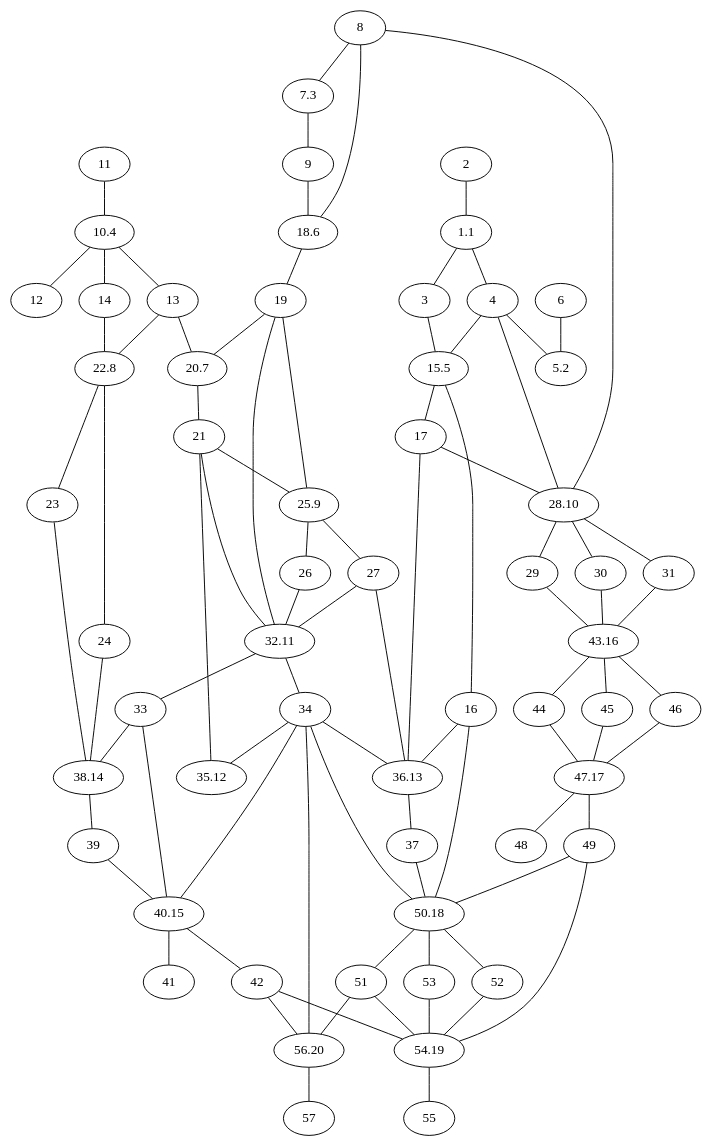
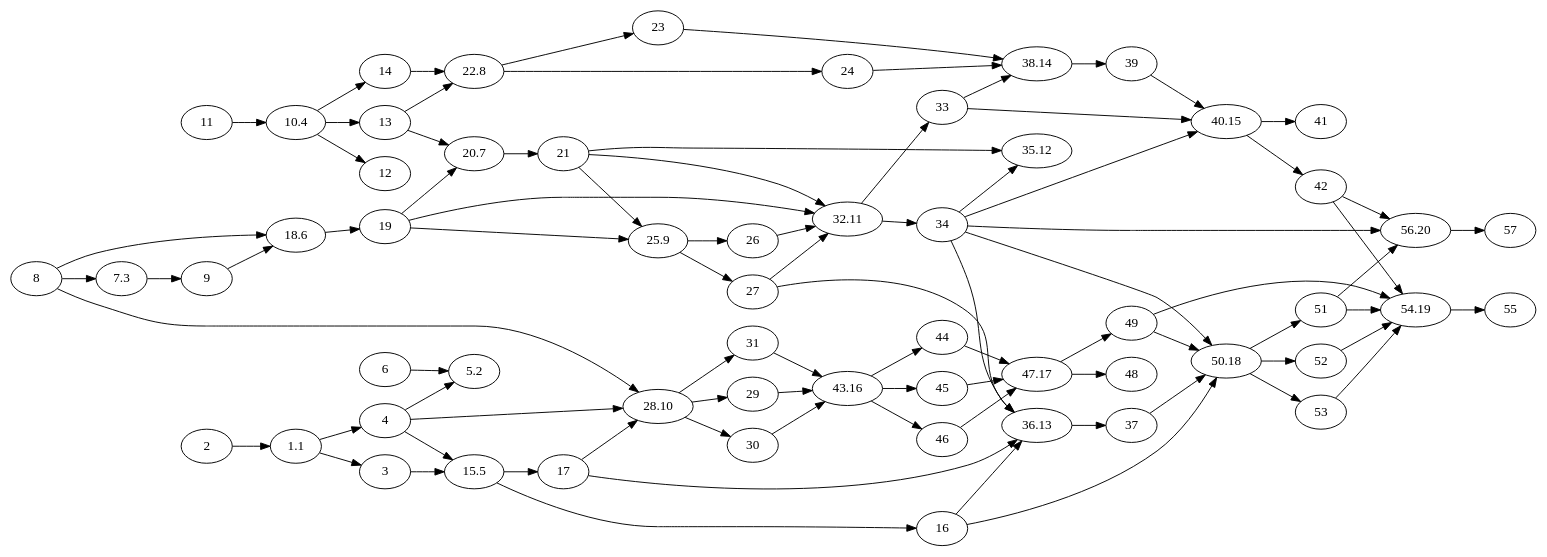
The diagram in broker/eblocbroker_scripts/original_from_bloxberg.gv (ebloc/ebloc-broker), drawn with Graphviz before and after one commit. The commit also changed 2 other files, not shown here.

```diff
--- a/broker/eblocbroker_scripts/original_from_bloxberg.gv
+++ b/broker/eblocbroker_scripts/original_from_bloxberg.gv
@@ -1,144 +1,149 @@
-strict graph  {
-2;
-"1.1";
-3;
-4;
-6;
-"5.2";
-8;
-"7.3";
-9;
-11;
-"10.4";
-12;
-13;
-14;
-"15.5";
-16;
-17;
-"18.6";
-19;
-"20.7";
-21;
-"22.8";
-23;
-24;
-"25.9";
-26;
-27;
-"28.10";
-29;
-30;
-31;
-"32.11";
-33;
-34;
-"35.12";
-"36.13";
-37;
-"38.14";
-39;
-"40.15";
-41;
-42;
-"43.16";
-44;
-45;
-46;
-"47.17";
-48;
-49;
-"50.18";
-51;
-52;
-53;
-"54.19";
-55;
-"56.20";
-57;
-2 -- "1.1";
-"1.1" -- 3;
-"1.1" -- 4;
-3 -- "15.5";
-4 -- "5.2";
-4 -- "15.5";
-4 -- "28.10";
-6 -- "5.2";
-8 -- "7.3";
-8 -- "18.6";
-8 -- "28.10";
-"7.3" -- 9;
-9 -- "18.6";
-11 -- "10.4";
-"10.4" -- 12;
-"10.4" -- 13;
-"10.4" -- 14;
-13 -- "20.7";
-13 -- "22.8";
-14 -- "22.8";
-"15.5" -- 16;
-"15.5" -- 17;
-16 -- "36.13";
-16 -- "50.18";
-17 -- "28.10";
-17 -- "36.13";
-"18.6" -- 19;
-19 -- "20.7";
-19 -- "25.9";
-19 -- "32.11";
-"20.7" -- 21;
-21 -- "25.9";
-21 -- "32.11";
-21 -- "35.12";
-"22.8" -- 23;
-"22.8" -- 24;
-23 -- "38.14";
-24 -- "38.14";
-"25.9" -- 26;
-"25.9" -- 27;
-26 -- "32.11";
-27 -- "32.11";
-27 -- "36.13";
-"28.10" -- 29;
-"28.10" -- 30;
-"28.10" -- 31;
-29 -- "43.16";
-30 -- "43.16";
-31 -- "43.16";
-"32.11" -- 33;
-"32.11" -- 34;
-33 -- "38.14";
-33 -- "40.15";
-34 -- "35.12";
-34 -- "36.13";
-34 -- "40.15";
-34 -- "50.18";
-34 -- "56.20";
-"36.13" -- 37;
-37 -- "50.18";
-"38.14" -- 39;
-39 -- "40.15";
-"40.15" -- 41;
-"40.15" -- 42;
-42 -- "54.19";
-42 -- "56.20";
-"43.16" -- 44;
-"43.16" -- 45;
-"43.16" -- 46;
-44 -- "47.17";
-45 -- "47.17";
-46 -- "47.17";
-"47.17" -- 48;
-"47.17" -- 49;
-49 -- "50.18";
-49 -- "54.19";
-"50.18" -- 51;
-"50.18" -- 52;
-"50.18" -- 53;
-51 -- "54.19";
-51 -- "56.20";
-52 -- "54.19";
-53 -- "54.19";
-"54.19" -- 55;
-"56.20" -- 57;
+digraph G {
+    size ="40";
+    // nodesep=.05;
+    rankdir=LR;
+    compound=true;
+    forcelabels=true;
+    2;
+    "1.1";
+    3;
+    4;
+    6;
+    "5.2";
+    8;
+    "7.3";
+    9;
+    11;
+    "10.4";
+    12;
+    13;
+    14;
+    "15.5";
+    16;
+    17;
+    "18.6";
+    19;
+    "20.7";
+    21;
+    "22.8";
+    23;
+    24;
+    "25.9";
+    26;
+    27;
+    "28.10";
+    29;
+    30;
+    31;
+    "32.11";
+    33;
+    34;
+    "35.12";
+    "36.13";
+    37;
+    "38.14";
+    39;
+    "40.15";
+    41;
+    42;
+    "43.16";
+    44;
+    45;
+    46;
+    "47.17";
+    48;
+    49;
+    "50.18";
+    51;
+    52;
+    53;
+    "54.19";
+    55;
+    "56.20";
+    57;
+    2 -> "1.1";
+    "1.1" -> 3;
+    "1.1" -> 4;
+    3 -> "15.5";
+    4 -> "5.2";
+    4 -> "15.5";
+    4 -> "28.10";
+    6 -> "5.2";
+    8 -> "7.3";
+    8 -> "18.6";
+    8 -> "28.10";
+    "7.3" -> 9;
+    9 -> "18.6";
+    11 -> "10.4";
+    "10.4" -> 12;
+    "10.4" -> 13;
+    "10.4" -> 14;
+    13 -> "20.7";
+    13 -> "22.8";
+    14 -> "22.8";
+    "15.5" -> 16;
+    "15.5" -> 17;
+    16 -> "36.13";
+    16 -> "50.18";
+    17 -> "28.10";
+    17 -> "36.13";
+    "18.6" -> 19;
+    19 -> "20.7";
+    19 -> "25.9";
+    19 -> "32.11";
+    "20.7" -> 21;
+    21 -> "25.9";
+    21 -> "32.11";
+    21 -> "35.12";
+    "22.8" -> 23;
+    "22.8" -> 24;
+    23 -> "38.14";
+    24 -> "38.14";
+    "25.9" -> 26;
+    "25.9" -> 27;
+    26 -> "32.11";
+    27 -> "32.11";
+    27 -> "36.13";
+    "28.10" -> 29;
+    "28.10" -> 30;
+    "28.10" -> 31;
+    29 -> "43.16";
+    30 -> "43.16";
+    31 -> "43.16";
+    "32.11" -> 33;
+    "32.11" -> 34;
+    33 -> "38.14";
+    33 -> "40.15";
+    34 -> "35.12";
+    34 -> "36.13";
+    34 -> "40.15";
+    34 -> "50.18";
+    34 -> "56.20";
+    "36.13" -> 37;
+    37 -> "50.18";
+    "38.14" -> 39;
+    39 -> "40.15";
+    "40.15" -> 41;
+    "40.15" -> 42;
+    42 -> "54.19";
+    42 -> "56.20";
+    "43.16" -> 44;
+    "43.16" -> 45;
+    "43.16" -> 46;
+    44 -> "47.17";
+    45 -> "47.17";
+    46 -> "47.17";
+    "47.17" -> 48;
+    "47.17" -> 49;
+    49 -> "50.18";
+    49 -> "54.19";
+    "50.18" -> 51;
+    "50.18" -> 52;
+    "50.18" -> 53;
+    51 -> "54.19";
+    51 -> "56.20";
+    52 -> "54.19";
+    53 -> "54.19";
+    "54.19" -> 55;
+    "56.20" -> 57;
 }
```
